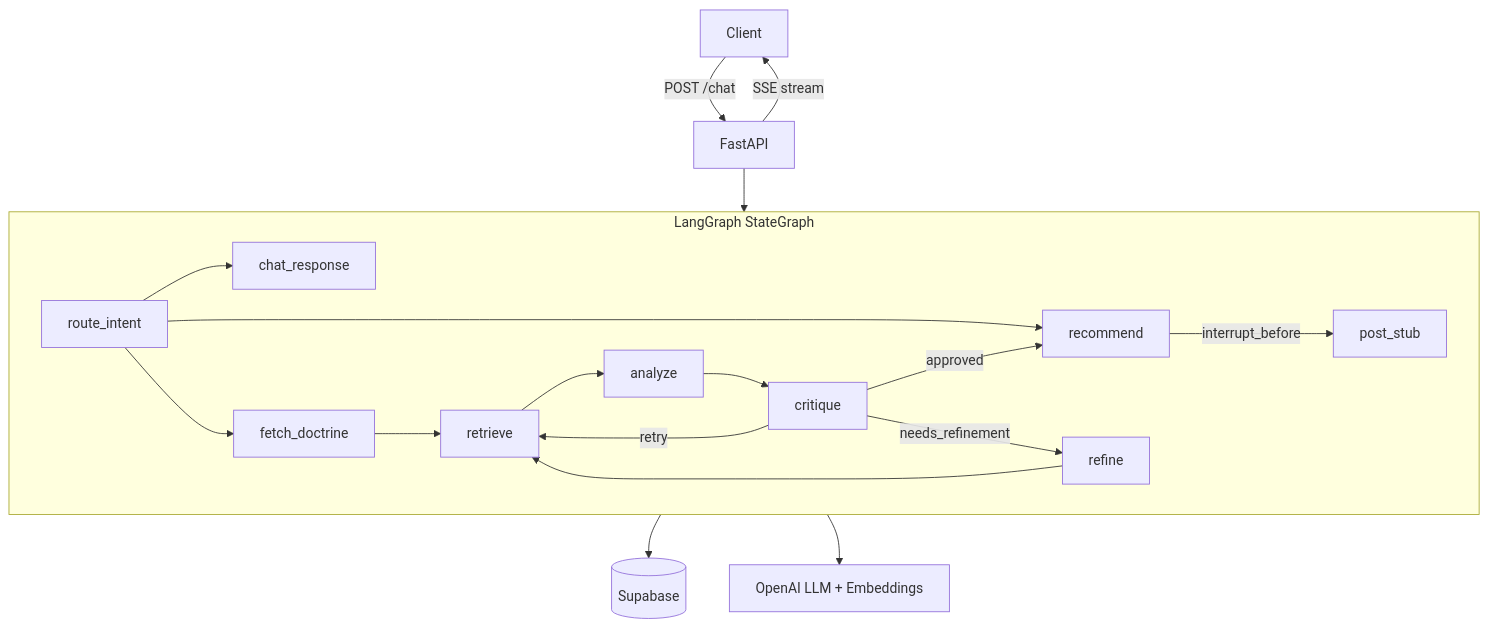
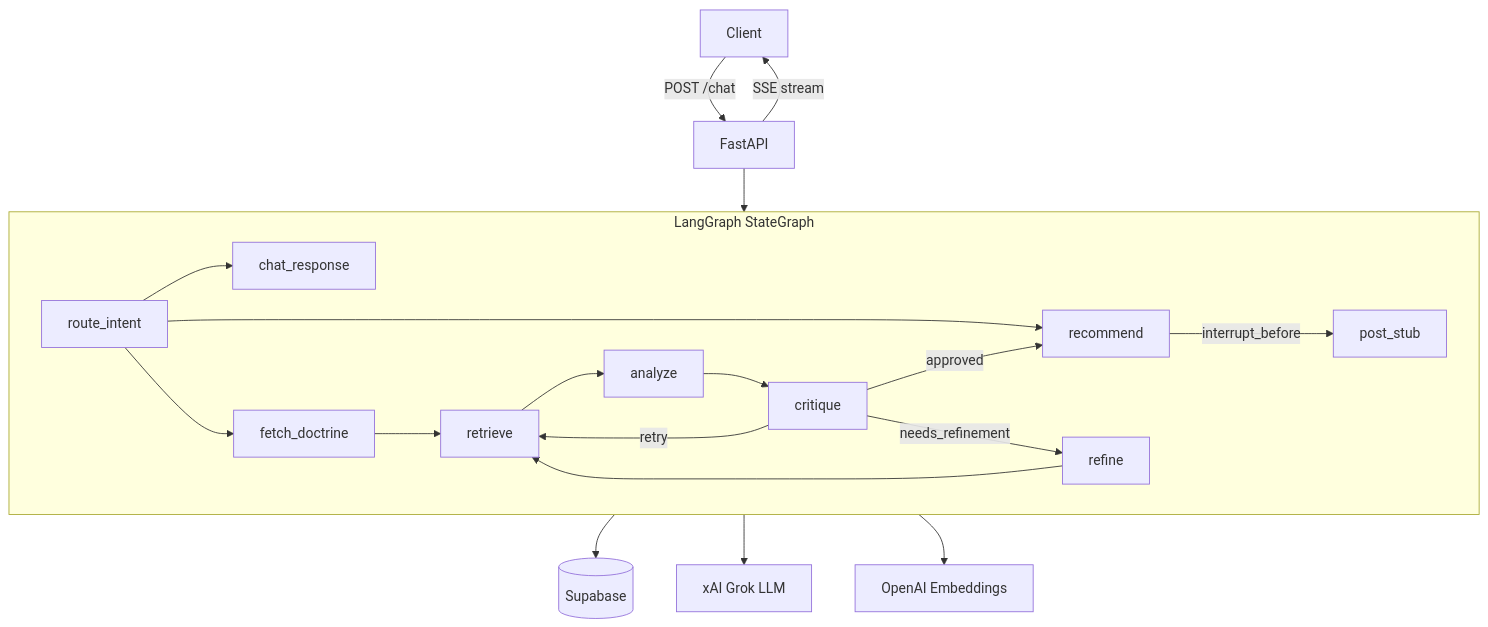
One commit to TCPsysadmin/joint-platform-backend changed the diagram in README.md. Above: the diagram before and after it, drawn with Mermaid. The commit also changed other lines of this file and 6 other files, not shown here.

````diff
--- a/README.md
+++ b/README.md
@@ -11,23 +11,24 @@
 ```mermaid
 graph TD
     Client -->|POST /chat| FastAPI
     FastAPI -->|SSE stream| Client
     FastAPI --> Graph
 
     subgraph Graph [LangGraph StateGraph]
         RI[route_intent] --> CR[chat_response]
         RI --> FD[fetch_doctrine]
         RI --> REC[recommend]
         FD --> RTV[retrieve]
         RTV --> AN[analyze]
         AN --> CRQ[critique]
         CRQ -->|approved| REC
         CRQ -->|needs_refinement| RF[refine]
         CRQ -->|retry| RTV
         RF --> RTV
         REC -->|interrupt_before| PS[post_stub]
     end
 
     Graph --> Supabase[(Supabase)]
-    Graph --> OpenAI[OpenAI LLM + Embeddings]
+    Graph --> xAI[xAI Grok LLM]
+    Graph --> OpenAI[OpenAI Embeddings]
 ```
````
